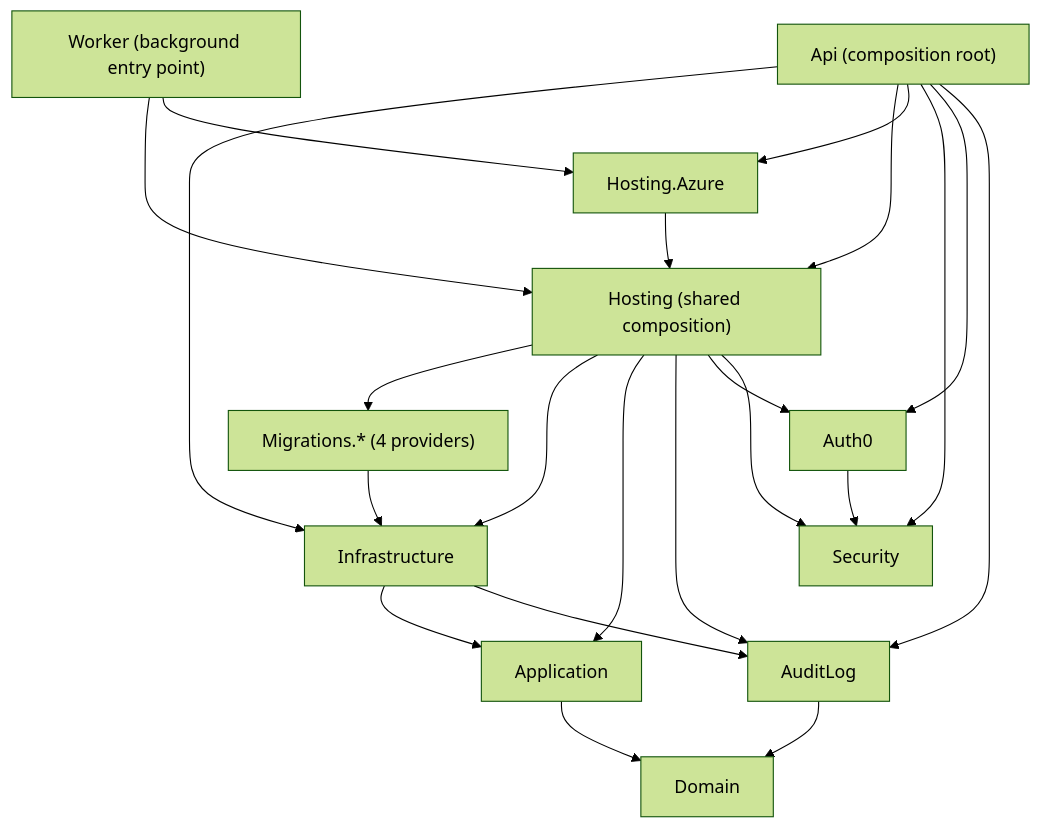
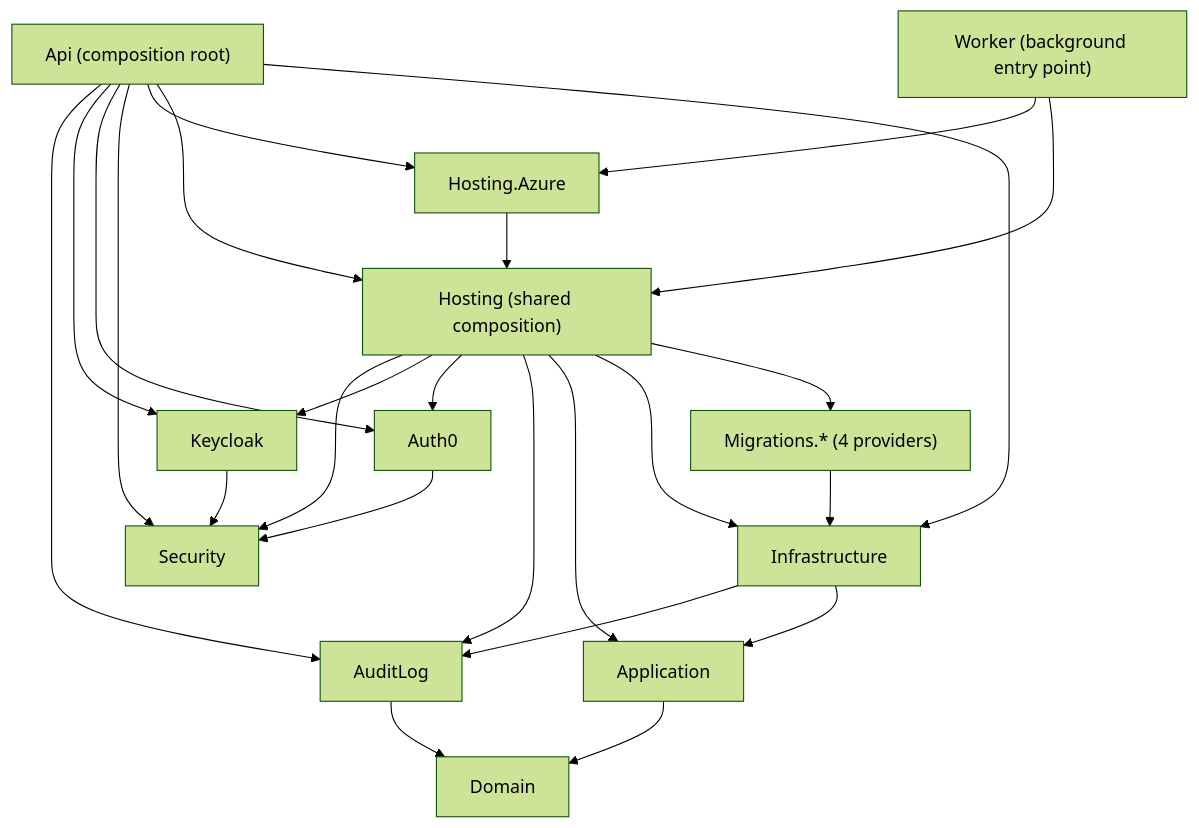
Before and after one commit to handballbelgium-referees/ref-test-management: the diagram in docs/PROJECT-STRUCTURE.md, drawn with Mermaid (forest theme). The commit also changed other lines of this file and 8 other files, not shown here.

````diff
--- a/docs/PROJECT-STRUCTURE.md
+++ b/docs/PROJECT-STRUCTURE.md
@@ -57,24 +59,27 @@
 ```mermaid
 flowchart TB
     Api["Api (composition root)"] --> Infrastructure
     Api --> Hosting["Hosting (shared composition)"]
     Worker["Worker (background entry point)"] --> Hosting
     Api --> AzureHosting["Hosting.Azure"]
     Worker --> AzureHosting
     AzureHosting --> Hosting
     Hosting --> Migrations["Migrations.* (4 providers)"]
     Hosting --> Infrastructure
     Hosting --> Application
     Hosting --> AuditLog
     Hosting --> Auth0
+    Hosting --> Keycloak
     Hosting --> Security
     Api --> Security
     Api --> Auth0
+    Api --> Keycloak
     Api --> AuditLog
     Migrations --> Infrastructure
     Infrastructure --> Application
     Infrastructure --> AuditLog
     Application --> Domain
     AuditLog --> Domain
     Auth0 --> Security
+    Keycloak --> Security
 ```
````
